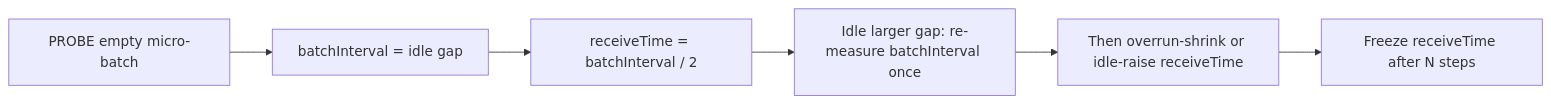
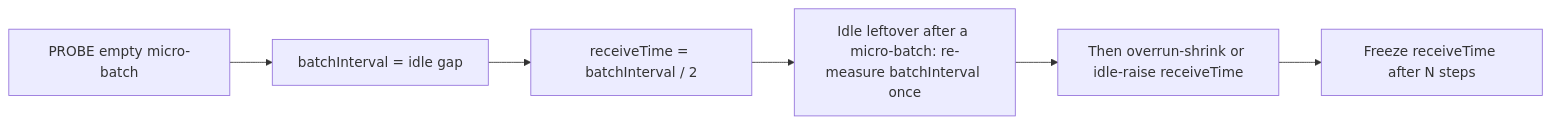
Before and after one commit to juarezr/spark-streaming-google-pubsub: the second of 2 diagrams in README.md, drawn with Mermaid. The commit also changed other lines of this file and 2 other files, not shown here.

Commit message:
fix: refine AutoBatchTime logic for adjusting batch interval based on idle micro-batch conditions and clarify documentation

````diff
--- a/README.md
+++ b/README.md
@@ -209,10 +209,10 @@
 ```mermaid
 flowchart LR
   probe[PROBE empty micro-batch]
   seed[batchInterval = idle gap]
   half[receiveTime = batchInterval / 2]
-  idleRaise[Idle larger gap: re-measure batchInterval once]
+  idleRaise[Idle leftover after a micro-batch: re-measure batchInterval once]
   adjust[Then overrun-shrink or idle-raise receiveTime]
   freeze[Freeze receiveTime after N steps]
   probe --> seed --> half --> idleRaise --> adjust --> freeze
 ```
````
